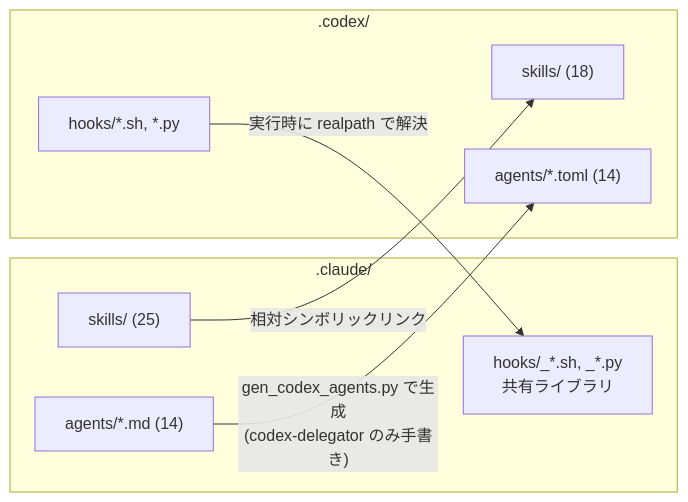
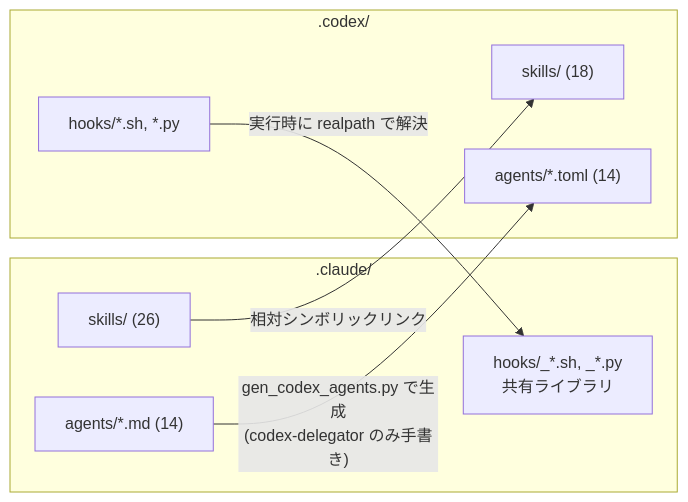
The fourth of 4 diagrams in docs/claude-architecture.md (sardonyx0827/dotfiles), drawn with Mermaid before and after one commit. The commit also changed other lines of this file and 20 other files, not shown here.

````diff
--- a/docs/claude-architecture.md
+++ b/docs/claude-architecture.md
@@ -302,18 +302,18 @@
 ```mermaid
 flowchart LR
     subgraph CLAUDE[".claude/"]
-        CS["skills/ (25)"]
+        CS["skills/ (26)"]
         CA["agents/*.md (14)"]
         CH["hooks/_*.sh, _*.py<br/>共有ライブラリ"]
     end
 
     subgraph CODEX[".codex/"]
         XS["skills/ (18)"]
         XA["agents/*.toml (14)"]
         XH["hooks/*.sh, *.py"]
     end
 
     CS -->|"相対シンボリックリンク"| XS
     CA -->|"gen_codex_agents.py で生成<br/>(codex-delegator のみ手書き)"| XA
     XH -->|"実行時に realpath で解決"| CH
 ```
````
